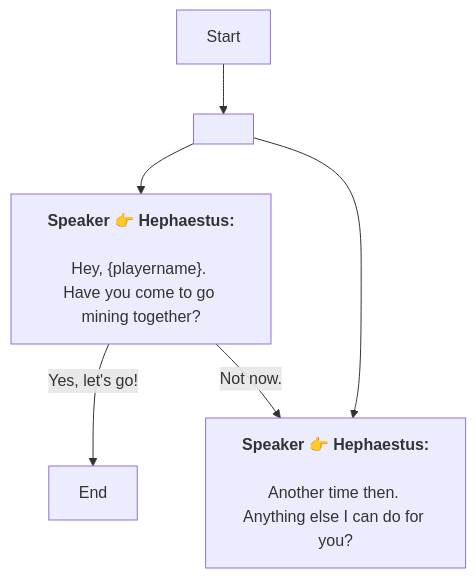
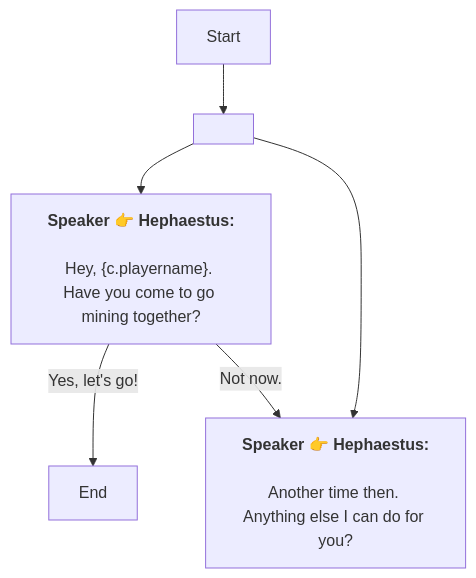
The diagram in En/QuestTalkObjectiveNode_1750657146285344.md (SoftHu/tos_avg), drawn with Mermaid before and after one commit. The commit also changed 410 other files, not shown here.

````diff
--- a/En/QuestTalkObjectiveNode_1750657146285344.md
+++ b/En/QuestTalkObjectiveNode_1750657146285344.md
@@ -1,17 +1,15 @@
 ```mermaid
 graph
 Start -->1750911911868690[ ]
 1750911911868690 -->1750658557600035[<b>Speaker 👉 Hephaestus:</b>
-\nHey, &lbrace;playername&rbrace;. 
-Have you come to go mining together? ]
+\nHey, &lbrace;c.playername&rbrace;. 
+Have you come to go mining together?]
 1750911911868690 -->1750911970255123[<b>Speaker 👉 Hephaestus:</b>
 \nAnother time then. 
-Anything else I can do for you?
-]
+Anything else I can do for you?]
 1750658557600035 -->|Yes, let's go!|1750835737352708[End]
 1750658557600035 -->|Not now.|1750911970255123[<b>Speaker 👉 Hephaestus:</b>
 \nAnother time then. 
-Anything else I can do for you?
-]
+Anything else I can do for you?]
 
 ```
````
